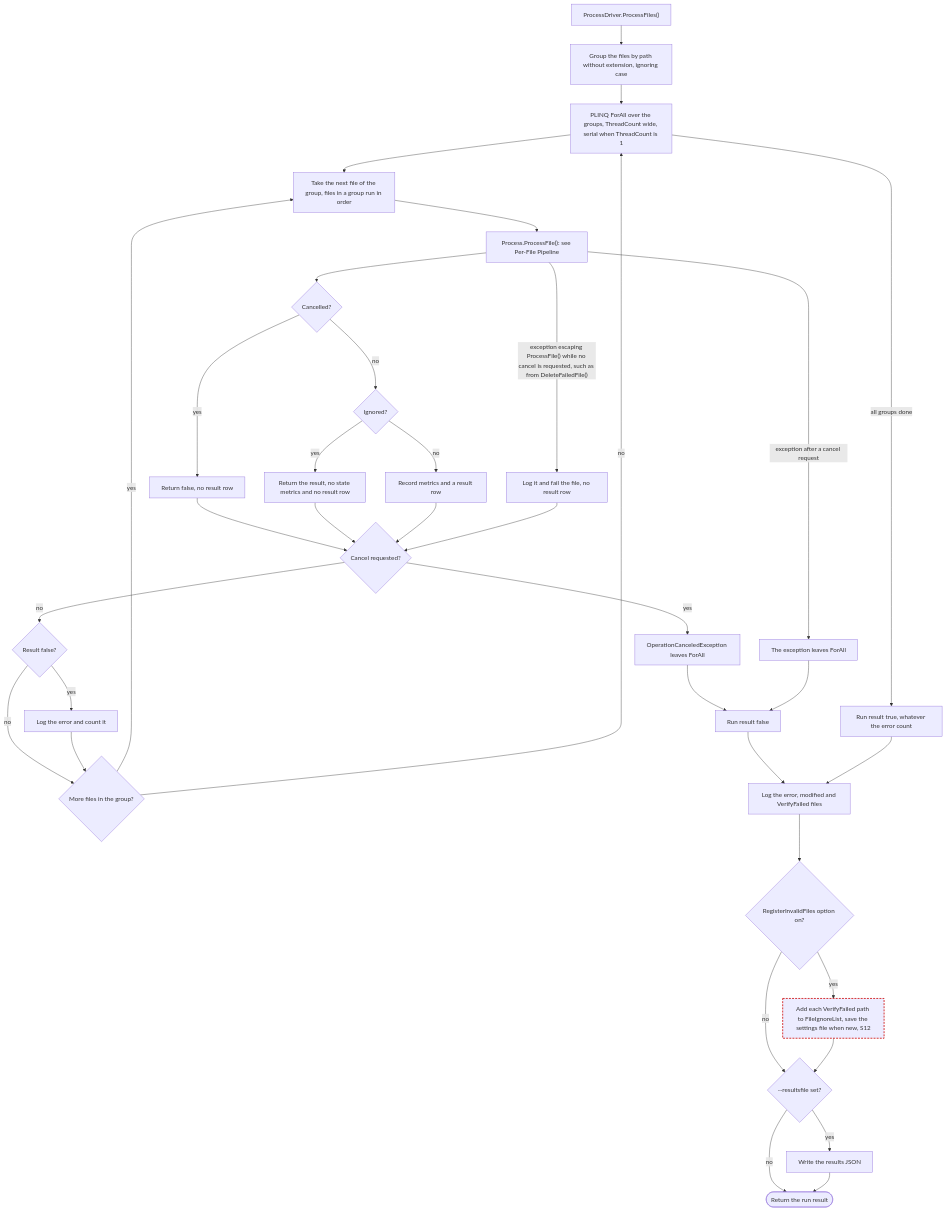
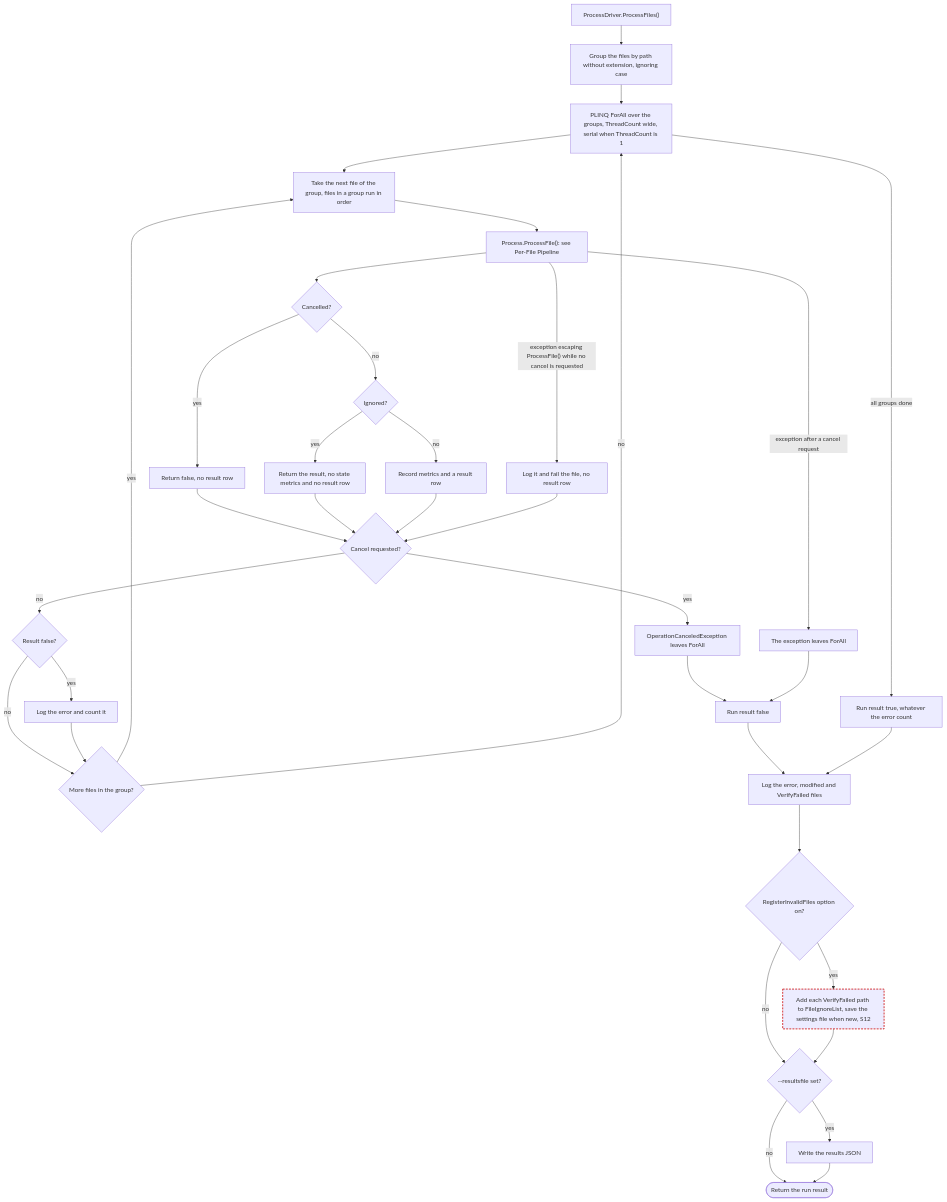
The second of 11 diagrams in ARCHITECTURE.md (ptr727/PlexCleaner), drawn with Mermaid before and after one commit. The commit also changed other lines of this file and 5 other files, not shown here.

First line of the commit message:
Keep the Result Row When a Failed File Cannot Be Deleted

````diff
--- a/ARCHITECTURE.md
+++ b/ARCHITECTURE.md
@@ -264,38 +264,38 @@
 ```mermaid
 flowchart TD
   A["ProcessDriver.ProcessFiles()"] --> B["Group the files by path without extension, ignoring case"]
   B --> C["PLINQ ForAll over the groups, ThreadCount wide, serial when ThreadCount is 1"]
   C --> D["Take the next file of the group, files in a group run in order"]
   D --> E["Process.ProcessFile(): see Per-File Pipeline"]
   E --> L1{"Cancelled?"}
   L1 -->|yes| L2["Return false, no result row"]
   L1 -->|no| L3{"Ignored?"}
   L3 -->|yes| L4["Return the result, no state metrics and no result row"]
   L3 -->|no| L5["Record metrics and a result row"]
   L2 --> K{"Cancel requested?"}
   L4 --> K
   L5 --> K
   K -->|yes| X1["OperationCanceledException leaves ForAll"]
   K -->|no| K1{"Result false?"}
   K1 -->|yes| K2["Log the error and count it"]
   K1 -->|no| N
   K2 --> N{"More files in the group?"}
   N -->|yes| D
   N -->|no| C
-  E -->|"exception escaping ProcessFile() while no cancel is requested, such as from DeleteFailedFile()"| E1["Log it and fail the file, no result row"]
+  E -->|"exception escaping ProcessFile() while no cancel is requested"| E1["Log it and fail the file, no result row"]
   E1 --> K
   E -->|"exception after a cancel request"| X3["The exception leaves ForAll"]
   X1 --> RF["Run result false"]
   X3 --> RF
   C -->|all groups done| RT["Run result true, whatever the error count"]
   RF --> P["Log the error, modified and VerifyFailed files"]
   RT --> P
   P --> Q{"RegisterInvalidFiles option on?"}
   Q -->|yes| Q1["Add each VerifyFailed path to FileIgnoreList, save the settings file when new, S12"]:::suspect
   Q -->|no| W
   Q1 --> W{"--resultsfile set?"}
   W -->|yes| W1["Write the results JSON"]
   W -->|no| Z(["Return the run result"])
   W1 --> Z
   classDef suspect stroke:#c00,stroke-width:2px,stroke-dasharray:5 3
 ```
````
